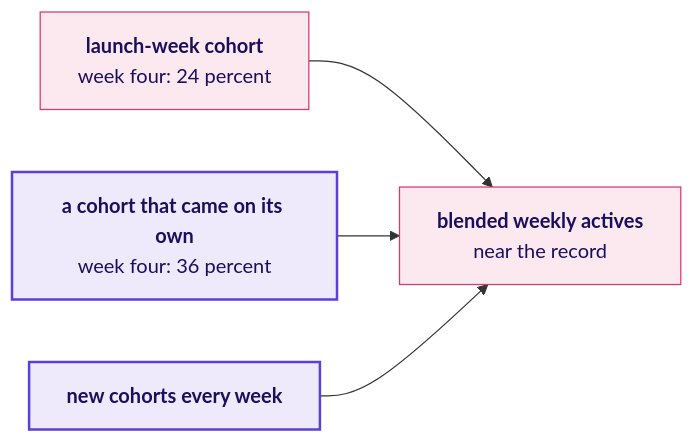
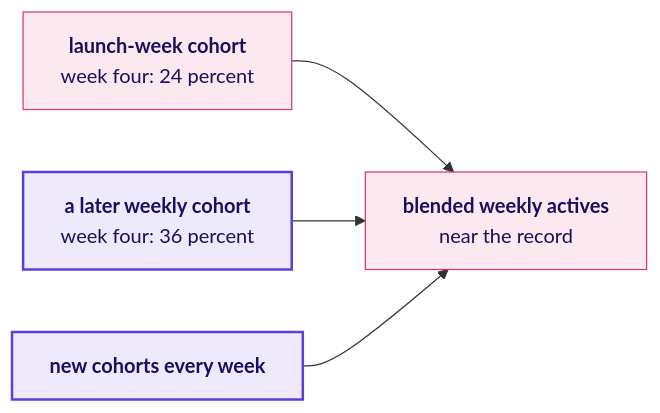
Before and after one commit to fde-academy-lab/c2-content-factory: the third of 3 diagrams in content/W04/D4/slides/C2_W04_D04_half2_STUDENT.md, drawn with Mermaid. The commit also changed other lines of this file and 24 other files, not shown here.

````diff
--- a/content/W04/D4/slides/C2_W04_D04_half2_STUDENT.md
+++ b/content/W04/D4/slides/C2_W04_D04_half2_STUDENT.md
@@ -182,10 +182,10 @@
 ```mermaid
 flowchart LR
     L["<b>launch-week cohort</b><br/>week four: 24 percent"] --> B["<b>blended weekly actives</b><br/>near the record"]
-    O["<b>a cohort that came on its own</b><br/>week four: 36 percent"] --> B
+    O["<b>a later weekly cohort</b><br/>week four: 36 percent"] --> B
     N["<b>new cohorts every week</b>"] --> B
     classDef known fill:#EEEAFB,stroke:#5B3FD6,color:#1A0F5C,stroke-width:2px
     classDef bad fill:#FBE9EF,stroke:#D63A6A,color:#1A0F5C
     class O,N known
     class L,B bad
 ```
````
